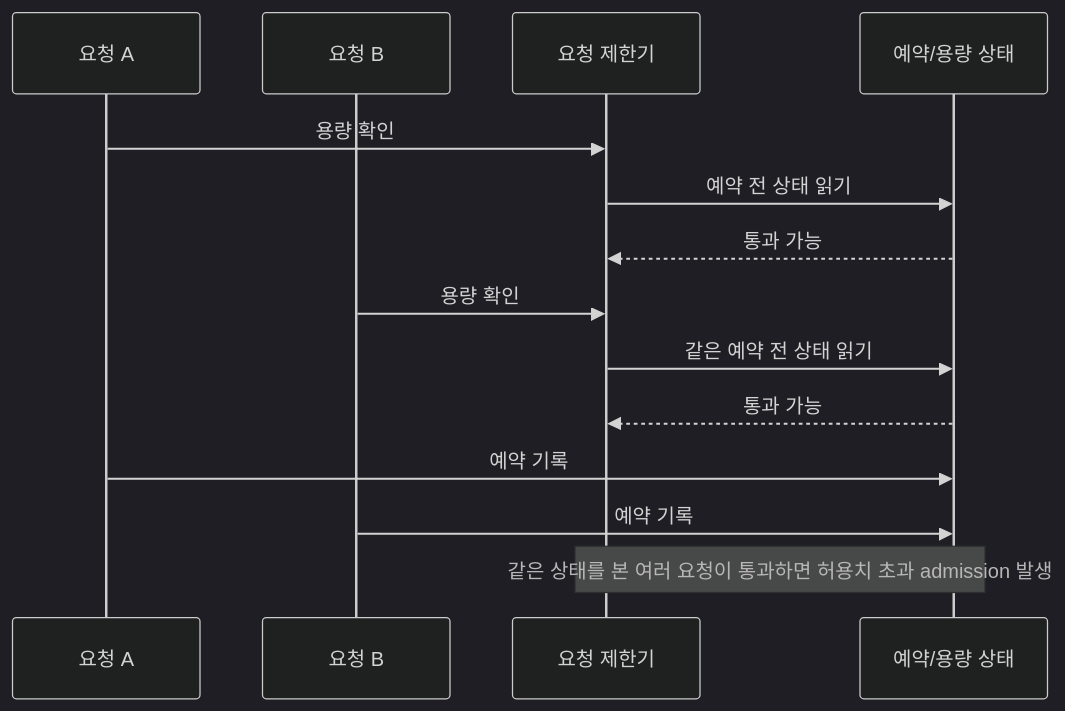
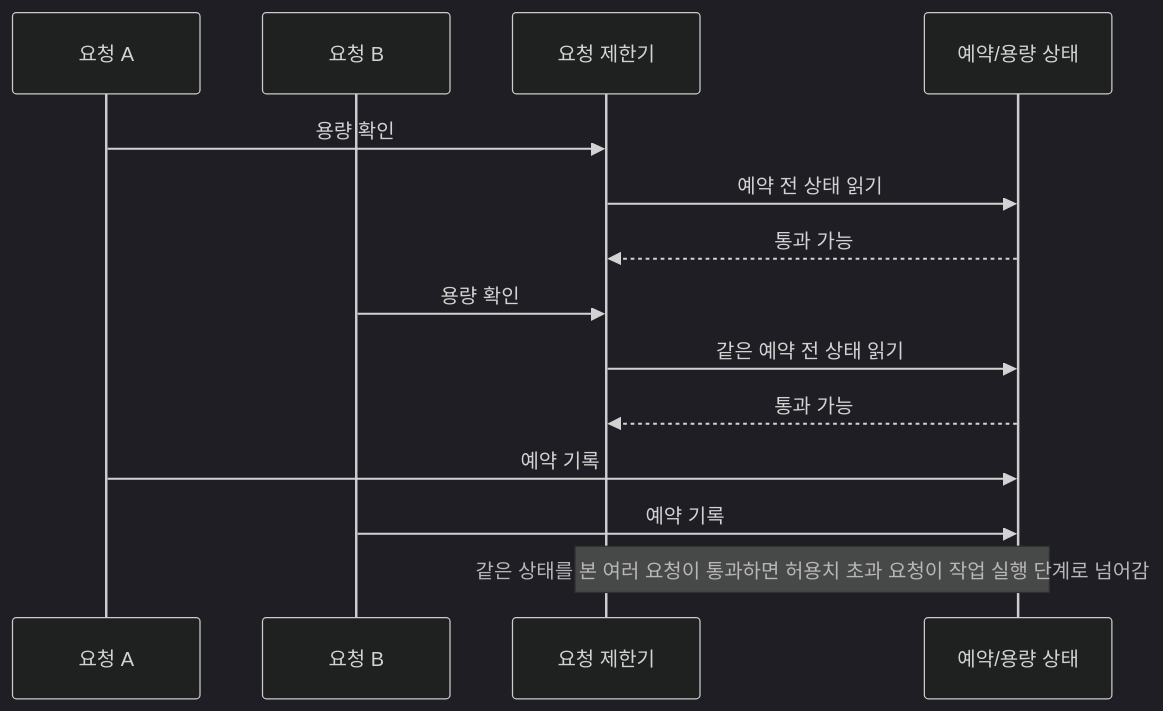
Before and after one commit to zmrdltl/portfolio: the second of 4 diagrams in docs/experience/cluml.md, drawn with Mermaid (dark theme). The commit also changed other lines of this file and 11 other files, not shown here.

````diff
--- a/docs/experience/cluml.md
+++ b/docs/experience/cluml.md
@@ -36,17 +36,17 @@
 ```mermaid
 sequenceDiagram
   participant A as 요청 A
   participant B as 요청 B
   participant L as 요청 제한기
   participant S as 예약/용량 상태
 
   A->>L: 용량 확인
   L->>S: 예약 전 상태 읽기
   S-->>L: 통과 가능
   B->>L: 용량 확인
   L->>S: 같은 예약 전 상태 읽기
   S-->>L: 통과 가능
   A->>S: 예약 기록
   B->>S: 예약 기록
-  Note over L,S: 같은 상태를 본 여러 요청이 통과하면 허용치 초과 admission 발생
+  Note over L,S: 같은 상태를 본 여러 요청이 통과하면 허용치 초과 요청이 작업 실행 단계로 넘어감
 ```
````
